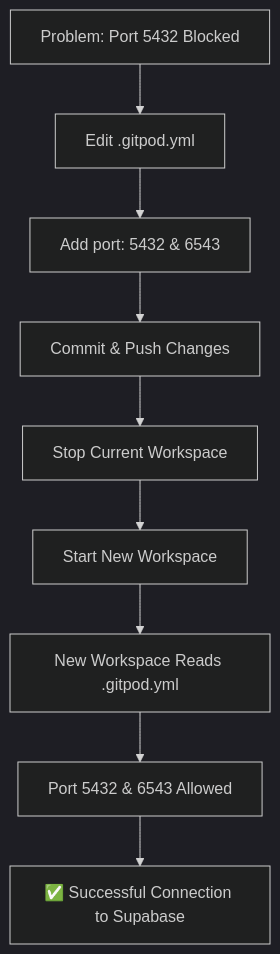
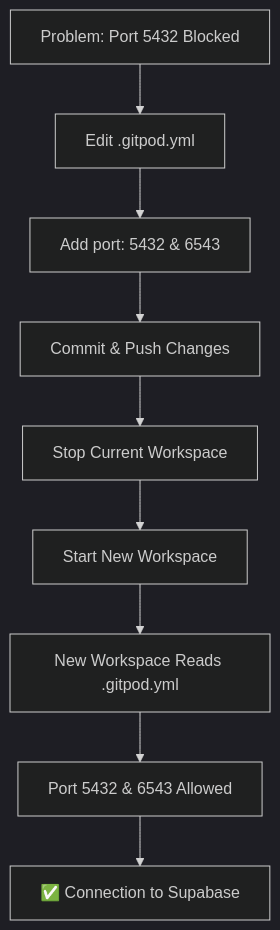
Before and after one commit to HOUSSAM16ai/my_ai_project: the second of 2 diagrams in PORT_5432_FIX_DIAGRAM.md, drawn with Mermaid (dark theme). The commit also changed other lines of this file and 11 other files, not shown here.

````diff
--- a/PORT_5432_FIX_DIAGRAM.md
+++ b/PORT_5432_FIX_DIAGRAM.md
@@ -107,11 +148,11 @@
 ```mermaid
 graph TD
     A[Problem: Port 5432 Blocked] --> B[Edit .gitpod.yml]
     B --> C[Add port: 5432 & 6543]
     C --> D[Commit & Push Changes]
     D --> E[Stop Current Workspace]
     E --> F[Start New Workspace]
     F --> G[New Workspace Reads .gitpod.yml]
     G --> H[Port 5432 & 6543 Allowed]
-    H --> I[✅ Successful Connection to Supabase]
+    H --> I[✅ Connection to Supabase]
 ```
````
